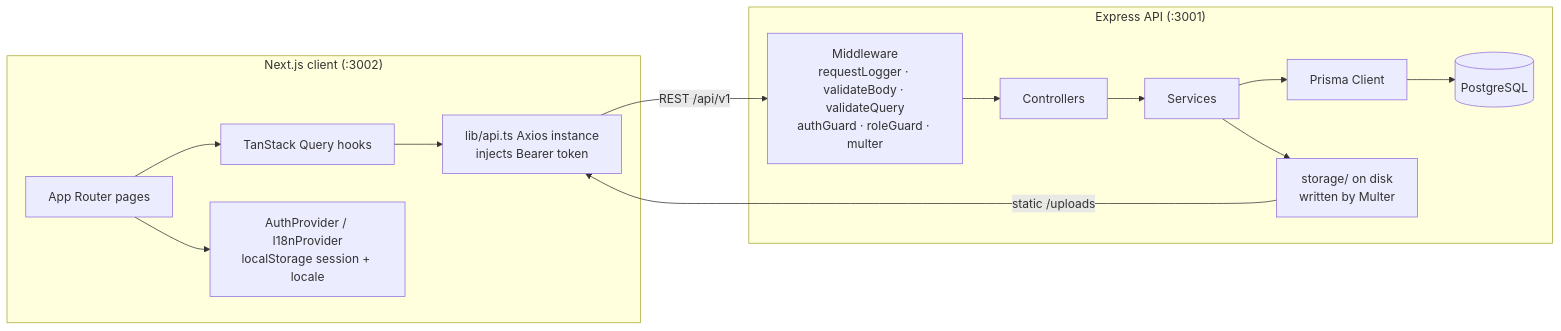
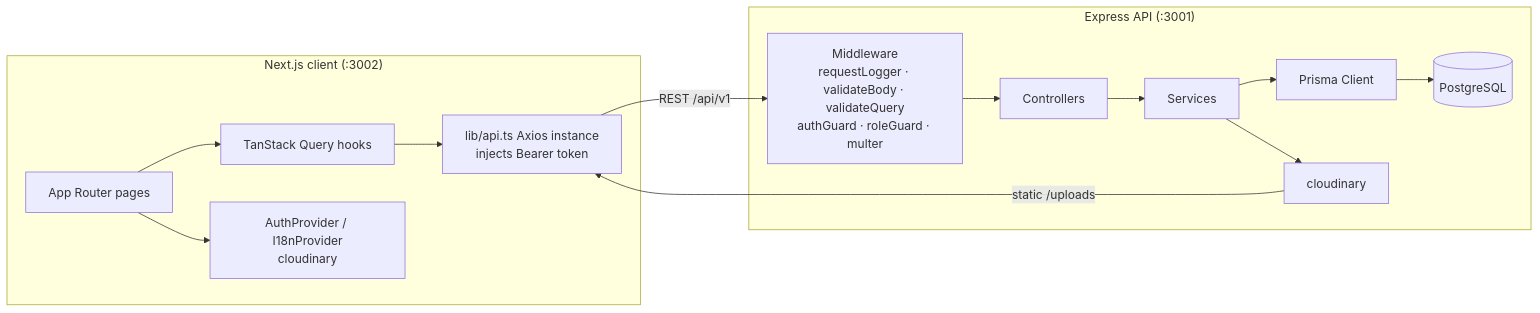
The third of 5 diagrams in README.md (Mahmoud-Anani/Managing-Your-Files), drawn with Mermaid before and after one commit. The commit also changed other lines of this file, not shown here.

Commit message:
docs: update README for cloudinary integration and improve formatting

````diff
--- a/README.md
+++ b/README.md
@@ -407,18 +405,18 @@
 ```mermaid
 flowchart LR
     subgraph Client["Next.js client (:3002)"]
         P[App Router pages] --> H[TanStack Query hooks]
         H --> A[lib/api.ts Axios instance<br/>injects Bearer token]
-        P --> C[AuthProvider / I18nProvider<br/>localStorage session + locale]
+        P --> C[AuthProvider / I18nProvider<br/>cloudinary]
     end
 
     subgraph Server["Express API (:3001)"]
         A -->|REST /api/v1| M[Middleware<br/>requestLogger · validateBody · validateQuery<br/>authGuard · roleGuard · multer]
         M --> CT[Controllers]
         CT --> SV[Services]
         SV --> PR[Prisma Client]
         PR --> DB[(PostgreSQL)]
-        SV --> ST[storage/ on disk<br/>written by Multer]
+        SV --> ST[cloudinary]
         ST -->|static /uploads| A
     end
 ```
````
